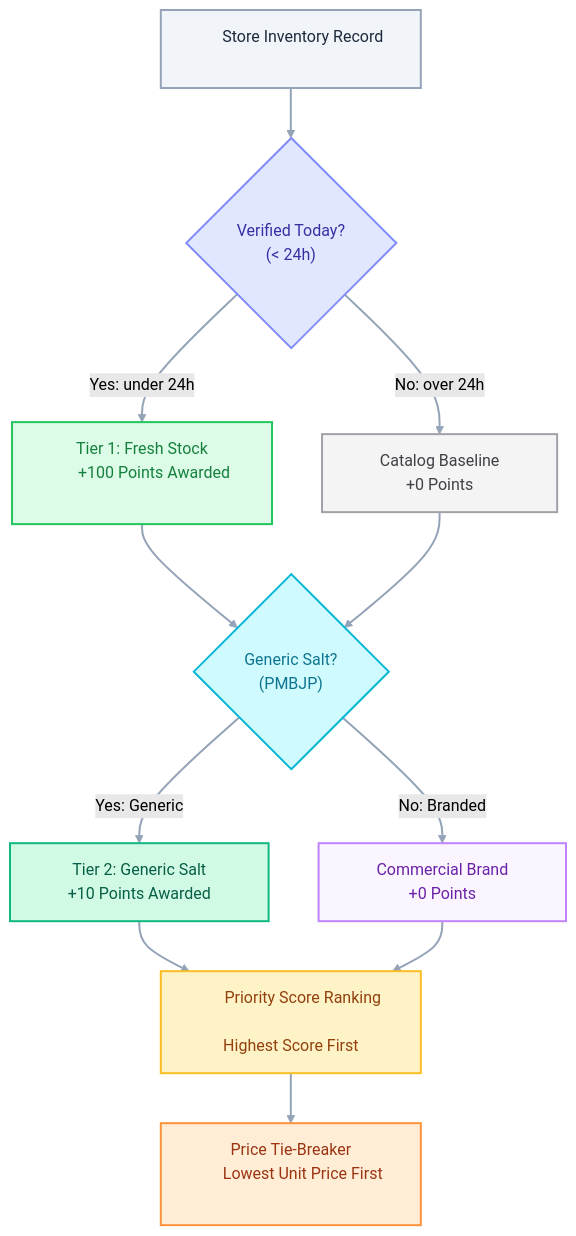
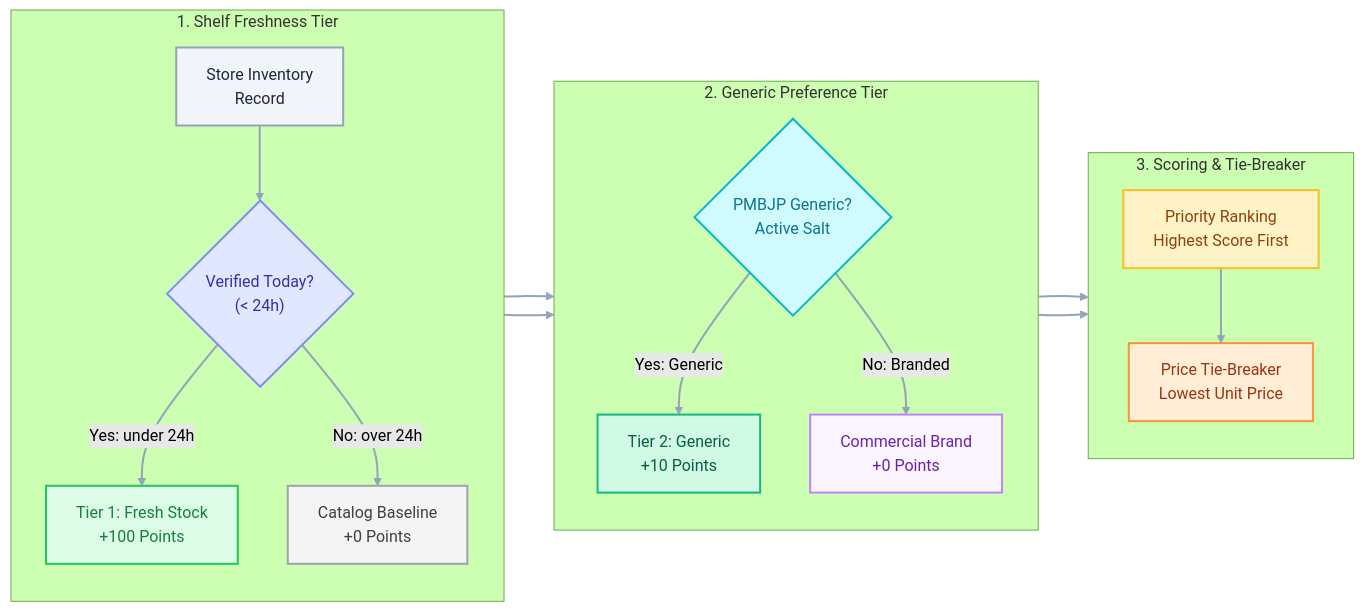
One commit to Parth-Chavan-15/MedSetu-TechSprint changed the fourth of 6 diagrams in README.md. Above: the diagram before and after it, drawn with Mermaid (forest theme). The commit also changed other lines of this file, not shown here.

Commit message:
docs: expand system architecture by default, align priority pipeline to horizontal multi-stage subgraphs, and condense text across all sections

````diff
--- a/README.md
+++ b/README.md
@@ -289,37 +286,46 @@
 ```mermaid
-flowchart TD
-    START["&nbsp;&nbsp;&nbsp;&nbsp;&nbsp;&nbsp; Store Inventory Record &nbsp;&nbsp;&nbsp;&nbsp;&nbsp;&nbsp;"] --> TIER1{"&nbsp;&nbsp; Verified Today? &nbsp;&nbsp;<br/>&nbsp;&nbsp; (&lt; 24h) &nbsp;&nbsp;"}
-    TIER1 -- Yes: under 24h --> S1["&nbsp;&nbsp;&nbsp;&nbsp;&nbsp;&nbsp; Tier 1: Fresh Stock &nbsp;&nbsp;&nbsp;&nbsp;&nbsp;&nbsp;<br/>&nbsp;&nbsp;&nbsp;&nbsp;&nbsp;&nbsp; +100 Points Awarded &nbsp;&nbsp;&nbsp;&nbsp;&nbsp;&nbsp;"]
-    TIER1 -- No: over 24h --> S0["&nbsp;&nbsp;&nbsp;&nbsp;&nbsp;&nbsp; Catalog Baseline &nbsp;&nbsp;&nbsp;&nbsp;&nbsp;&nbsp;<br/>&nbsp;&nbsp;&nbsp;&nbsp;&nbsp;&nbsp; +0 Points &nbsp;&nbsp;&nbsp;&nbsp;&nbsp;&nbsp;"]
+flowchart LR
+    subgraph Stage1["1. Shelf Freshness Tier"]
+        direction TB
+        START["Store Inventory<br/>Record"] --> TIER1{"Verified Today?<br/>(&lt; 24h)"}
+        TIER1 -->|Yes: under 24h| S1["Tier 1: Fresh Stock<br/>+100 Points"]
+        TIER1 -->|No: over 24h| S0["Catalog Baseline<br/>+0 Points"]
+    end
 
-    S1 --> TIER2{"&nbsp;&nbsp; Generic Salt? &nbsp;&nbsp;<br/>&nbsp;&nbsp; (PMBJP) &nbsp;&nbsp;"}
-    S0 --> TIER2
-    TIER2 -- Yes: Generic --> G1["&nbsp;&nbsp;&nbsp;&nbsp;&nbsp;&nbsp; Tier 2: Generic Salt &nbsp;&nbsp;&nbsp;&nbsp;&nbsp;&nbsp;<br/>&nbsp;&nbsp;&nbsp;&nbsp;&nbsp;&nbsp; +10 Points Awarded &nbsp;&nbsp;&nbsp;&nbsp;&nbsp;&nbsp;"]
-    TIER2 -- No: Branded --> G0["&nbsp;&nbsp;&nbsp;&nbsp;&nbsp;&nbsp; Commercial Brand &nbsp;&nbsp;&nbsp;&nbsp;&nbsp;&nbsp;<br/>&nbsp;&nbsp;&nbsp;&nbsp;&nbsp;&nbsp; +0 Points &nbsp;&nbsp;&nbsp;&nbsp;&nbsp;&nbsp;"]
+    subgraph Stage2["2. Generic Preference Tier"]
+        direction TB
+        S1 --> TIER2{"PMBJP Generic?<br/>Active Salt"}
+        S0 --> TIER2
+        TIER2 -->|Yes: Generic| G1["Tier 2: Generic<br/>+10 Points"]
+        TIER2 -->|No: Branded| G0["Commercial Brand<br/>+0 Points"]
+    end
 
-    G1 --> EVAL["&nbsp;&nbsp;&nbsp;&nbsp;&nbsp;&nbsp; Priority Score Ranking &nbsp;&nbsp;&nbsp;&nbsp;&nbsp;&nbsp;<br/>&nbsp;&nbsp;&nbsp;&nbsp;&nbsp;&nbsp; Highest Score First &nbsp;&nbsp;&nbsp;&nbsp;&nbsp;&nbsp;"]
-    G0 --> EVAL
-    EVAL --> TIE["&nbsp;&nbsp;&nbsp;&nbsp;&nbsp;&nbsp; Price Tie-Breaker &nbsp;&nbsp;&nbsp;&nbsp;&nbsp;&nbsp;<br/>&nbsp;&nbsp;&nbsp;&nbsp;&nbsp;&nbsp; Lowest Unit Price First &nbsp;&nbsp;&nbsp;&nbsp;&nbsp;&nbsp;"]
+    subgraph Stage3["3. Scoring & Tie-Breaker"]
+        direction TB
+        G1 --> EVAL["Priority Ranking<br/>Highest Score First"]
+        G0 --> EVAL
+        EVAL --> TIE["Price Tie-Breaker<br/>Lowest Unit Price"]
+    end
 
     classDef startNode fill:#F1F5F9,stroke:#94A3B8,color:#1E293B,stroke-width:2px;
     classDef tier1Node fill:#E0E7FF,stroke:#818CF8,color:#3730A3,stroke-width:2px;
     classDef s1Node fill:#DCFCE7,stroke:#22C55E,color:#15803D,stroke-width:2px;
     classDef s0Node fill:#F4F4F5,stroke:#A1A1AA,color:#3F3F46,stroke-width:2px;
     classDef tier2Node fill:#CFFAFE,stroke:#06B6D4,color:#0E7490,stroke-width:2px;
     classDef g1Node fill:#D1FAE5,stroke:#10B981,color:#065F46,stroke-width:2px;
     classDef g0Node fill:#FAF5FF,stroke:#C084FC,color:#6B21A8,stroke-width:2px;
     classDef evalNode fill:#FEF3C7,stroke:#FBBF24,color:#92400E,stroke-width:2px;
     classDef tieNode fill:#FFEDD5,stroke:#FB923C,color:#9A3412,stroke-width:2px;
 
     class START startNode;
     class TIER1 tier1Node;
     class S1 s1Node;
     class S0 s0Node;
     class TIER2 tier2Node;
     class G1 g1Node;
     class G0 g0Node;
     class EVAL evalNode;
     class TIE tieNode;
 
     linkStyle default stroke:#94A3B8,stroke-width:2px;
 ```
````
